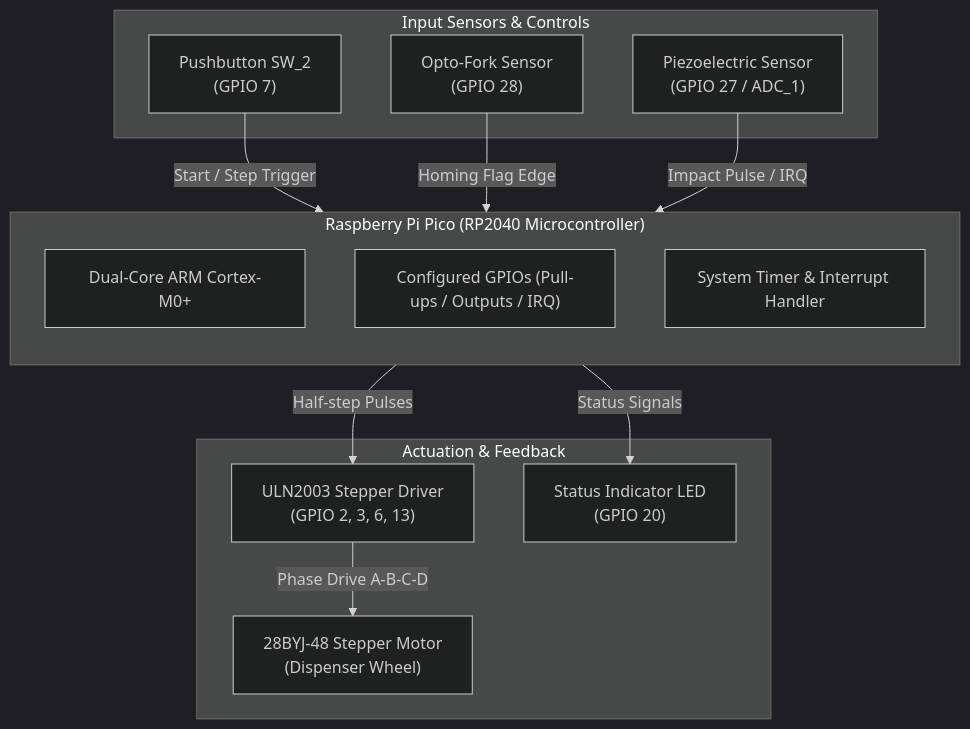
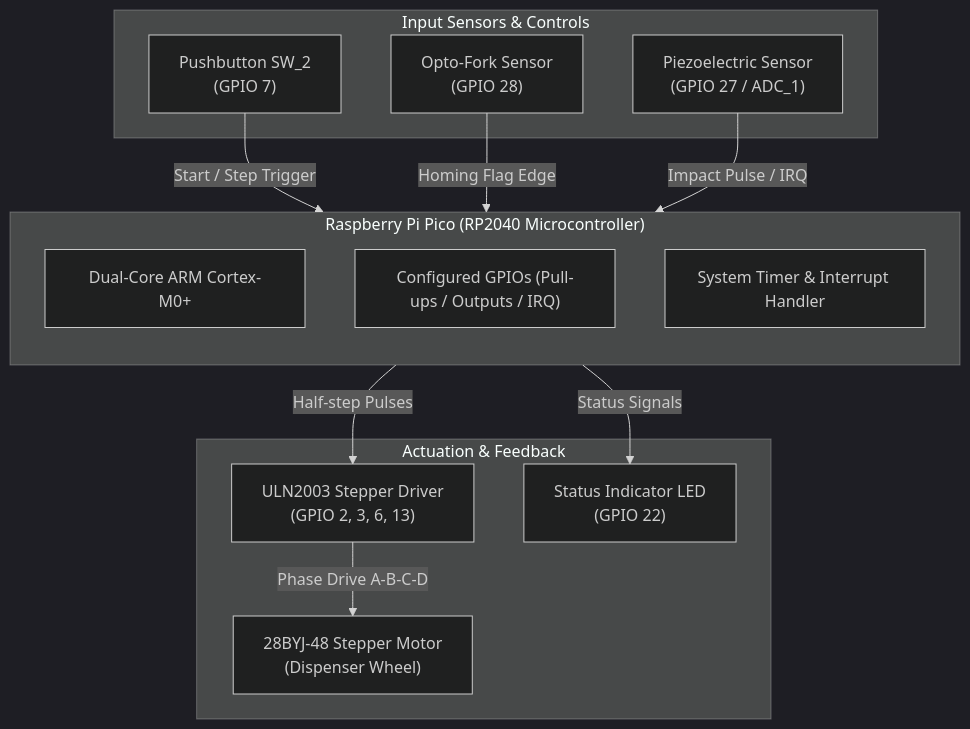
The first of 2 diagrams in README.md (dejoo10/Pill-Dispenser), drawn with Mermaid (dark theme) before and after one commit. The commit also changed other lines of this file and 3 other files, not shown here.

````diff
--- a/README.md
+++ b/README.md
@@ -285,28 +286,28 @@
 ```mermaid
 graph TD
     subgraph RP2040 ["Raspberry Pi Pico (RP2040 Microcontroller)"]
         direction TB
         CORE["Dual-Core ARM Cortex-M0+"]
         PINS["Configured GPIOs (Pull-ups / Outputs / IRQ)"]
         TIMER["System Timer & Interrupt Handler"]
     end
 
     subgraph Inputs ["Input Sensors & Controls"]
         BTN["Pushbutton SW_2\n(GPIO 7)"]
         OPTO["Opto-Fork Sensor\n(GPIO 28)"]
         PIEZO["Piezoelectric Sensor\n(GPIO 27 / ADC_1)"]
     end
 
     subgraph Actuators ["Actuation & Feedback"]
         DRIVER["ULN2003 Stepper Driver\n(GPIO 2, 3, 6, 13)"]
         MOTOR["28BYJ-48 Stepper Motor\n(Dispenser Wheel)"]
-        LED["Status Indicator LED\n(GPIO 20)"]
+        LED["Status Indicator LED\n(GPIO 22)"]
     end
 
     BTN -->|Start / Step Trigger| PINS
     OPTO -->|Homing Flag Edge| PINS
     PIEZO -->|Impact Pulse / IRQ| PINS
     PINS -->|Half-step Pulses| DRIVER
     DRIVER -->|Phase Drive A-B-C-D| MOTOR
     PINS -->|Status Signals| LED
 ```
````
